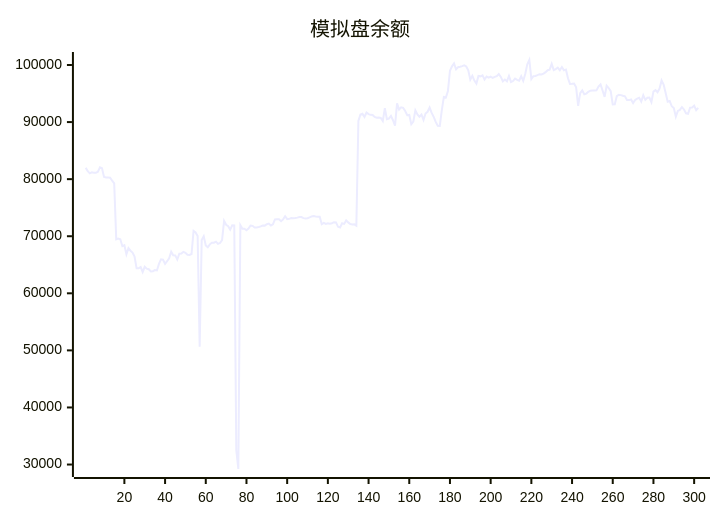
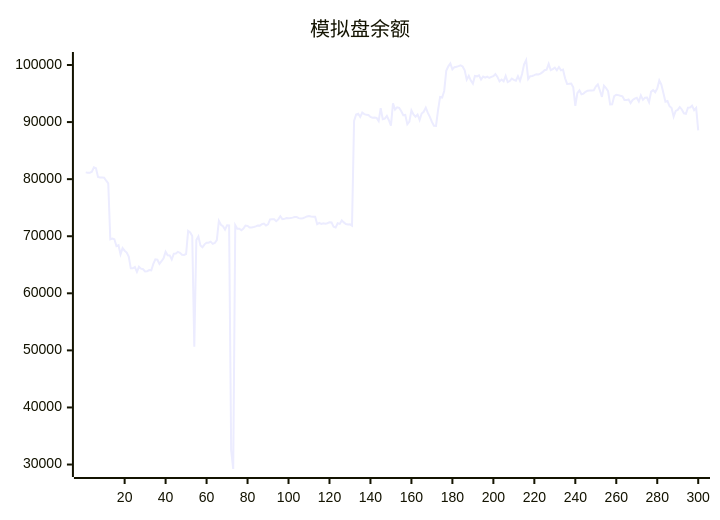
One commit to aahl/ai-trading changed the diagram in README.md. Above: the diagram before and after it, drawn with Mermaid. The commit also changed other lines of this file and 1 other file, not shown here.

````diff
--- a/README.md
+++ b/README.md
@@ -5,5 +5,5 @@
 ```mermaid
 xychart
     title "模拟盘余额"
-    line [82016,81401,81019,81186,81130,81118,81306,82066,81909,80392,80304,80291,80258,79729,79261,69466,69579,69456,68251,68415,66832,67911,67462,67144,66432,64380,64375,64606,63741,64647,64324,64216,63842,63877,64079,64008,65156,65945,65888,65157,65625,66144,67284,66653,66639,65924,66925,66956,67263,67108,66766,66729,66886,70927,70673,70049,50652,69334,69973,68400,68061,68578,68877,68879,69055,68662,68822,69329,72687,71999,71760,71163,71911,71896,32500,29218,71927,71297,71305,71044,71337,71883,71822,71536,71536,71622,71723,71880,71860,72100,72216,71887,72077,72940,72976,72966,72638,72948,73497,73004,73041,73173,73160,73187,73258,73375,73351,73173,73098,73161,73305,73474,73536,73457,73413,73412,72100,72333,72164,72272,72204,72285,72461,72421,71652,71521,72267,72157,72774,72425,72144,72060,72091,71858,90185,91338,91466,90900,91678,91404,91268,91244,90903,90779,90787,90721,90187,92429,90518,90619,91070,90328,89376,93286,92202,92581,92485,91947,91196,91259,89619,90086,92063,91355,90950,91327,90373,91498,91800,92531,91603,90910,90031,89351,89334,92097,94406,94315,95455,98972,99763,100286,99229,99622,99701,99805,99938,99738,99082,97430,98094,97267,96741,98081,98013,98194,97447,97983,97789,97969,97729,97911,98043,98405,97912,97120,97448,97154,98095,97021,97191,97616,97402,97263,98035,97210,98424,100121,100876,97552,98049,98085,98228,98388,98342,98488,98750,99086,99181,100188,99107,99272,99553,99072,99636,99061,99186,97674,96679,96704,96743,96096,92830,95088,95560,94866,94995,95295,95497,95531,95527,95559,96236,96597,95538,94422,96363,95972,95418,93095,93128,94558,94795,94727,94611,94508,93857,93852,93955,93340,93862,94112,94249,93603,94682,93898,94267,94288,93490,95337,95601,95226,95879,97301,96573,95113,93569,93681,92773,92453,90953,91954,92130,92637,92209,91536,91462,92532,92562,92875,92086,92488]
+    line [81186,81130,81118,81306,82066,81909,80392,80304,80291,80258,79729,79261,69466,69579,69456,68251,68415,66832,67911,67462,67144,66432,64380,64375,64606,63741,64647,64324,64216,63842,63877,64079,64008,65156,65945,65888,65157,65625,66144,67284,66653,66639,65924,66925,66956,67263,67108,66766,66729,66886,70927,70673,70049,50652,69334,69973,68400,68061,68578,68877,68879,69055,68662,68822,69329,72687,71999,71760,71163,71911,71896,32500,29218,71927,71297,71305,71044,71337,71883,71822,71536,71536,71622,71723,71880,71860,72100,72216,71887,72077,72940,72976,72966,72638,72948,73497,73004,73041,73173,73160,73187,73258,73375,73351,73173,73098,73161,73305,73474,73536,73457,73413,73412,72100,72333,72164,72272,72204,72285,72461,72421,71652,71521,72267,72157,72774,72425,72144,72060,72091,71858,90185,91338,91466,90900,91678,91404,91268,91244,90903,90779,90787,90721,90187,92429,90518,90619,91070,90328,89376,93286,92202,92581,92485,91947,91196,91259,89619,90086,92063,91355,90950,91327,90373,91498,91800,92531,91603,90910,90031,89351,89334,92097,94406,94315,95455,98972,99763,100286,99229,99622,99701,99805,99938,99738,99082,97430,98094,97267,96741,98081,98013,98194,97447,97983,97789,97969,97729,97911,98043,98405,97912,97120,97448,97154,98095,97021,97191,97616,97402,97263,98035,97210,98424,100121,100876,97552,98049,98085,98228,98388,98342,98488,98750,99086,99181,100188,99107,99272,99553,99072,99636,99061,99186,97674,96679,96704,96743,96096,92830,95088,95560,94866,94995,95295,95497,95531,95527,95559,96236,96597,95538,94422,96363,95972,95418,93095,93128,94558,94795,94727,94611,94508,93857,93852,93955,93340,93862,94112,94249,93603,94682,93898,94267,94288,93490,95337,95601,95226,95879,97301,96573,95113,93569,93681,92773,92453,90953,91954,92130,92637,92209,91536,91462,92532,92562,92875,92086,92488,88547]
 ```
````
